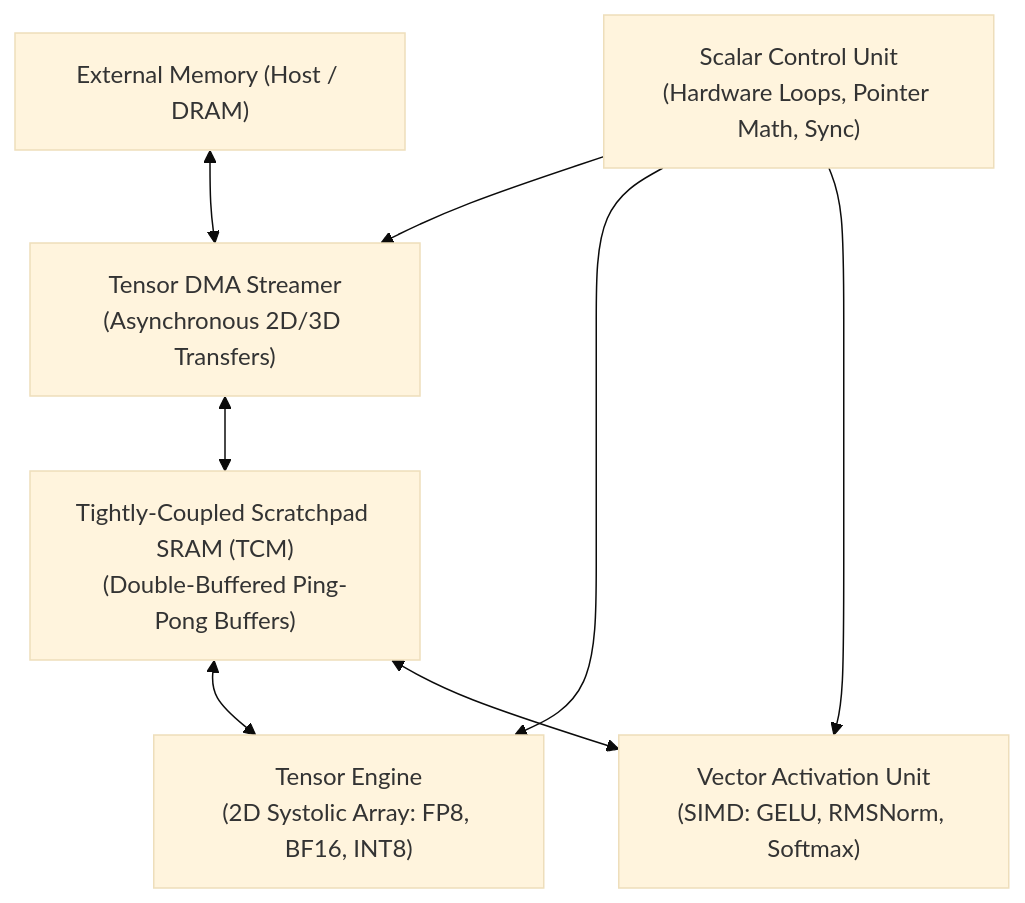
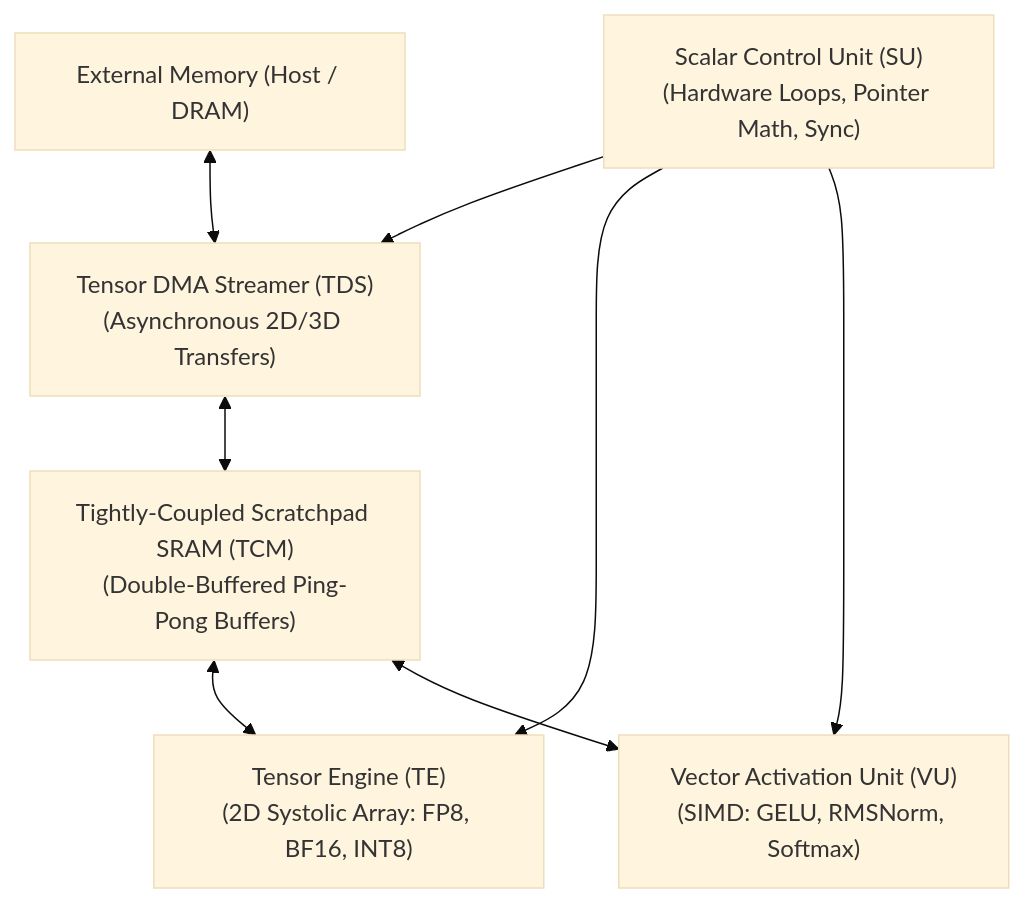
Before and after one commit to niendicker/neuroflow: the diagram in README.md, drawn with Mermaid (base theme). The commit also changed other lines of this file and 1 other file, not shown here.

Commit message:
docs: formalize DAE-NPU paradigm and architectural synthesis

````diff
--- a/README.md
+++ b/README.md
@@ -26,12 +69,12 @@
 ```mermaid
 flowchart TD
-    EXT["External Memory (Host / DRAM)"] <--> TDS["Tensor DMA Streamer<br/>(Asynchronous 2D/3D Transfers)"]
+    EXT["External Memory (Host / DRAM)"] <--> TDS["Tensor DMA Streamer (TDS)<br/>(Asynchronous 2D/3D Transfers)"]
     TDS <--> SRAM["Tightly-Coupled Scratchpad SRAM (TCM)<br/>(Double-Buffered Ping-Pong Buffers)"]
     
-    SU["Scalar Control Unit<br/>(Hardware Loops, Pointer Math, Sync)"] --> TDS
-    SU --> TE["Tensor Engine<br/>(2D Systolic Array: FP8, BF16, INT8)"]
-    SU --> VU["Vector Activation Unit<br/>(SIMD: GELU, RMSNorm, Softmax)"]
+    SU["Scalar Control Unit (SU)<br/>(Hardware Loops, Pointer Math, Sync)"] --> TDS
+    SU --> TE["Tensor Engine (TE)<br/>(2D Systolic Array: FP8, BF16, INT8)"]
+    SU --> VU["Vector Activation Unit (VU)<br/>(SIMD: GELU, RMSNorm, Softmax)"]
     
     SRAM <--> TE
     SRAM <--> VU
 ```
````
